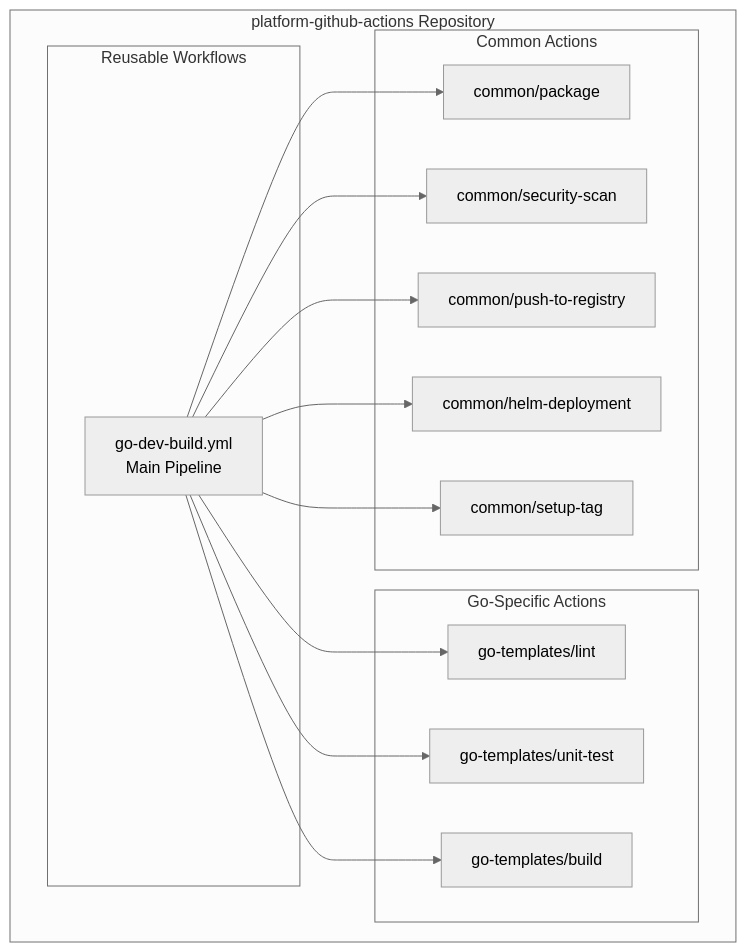
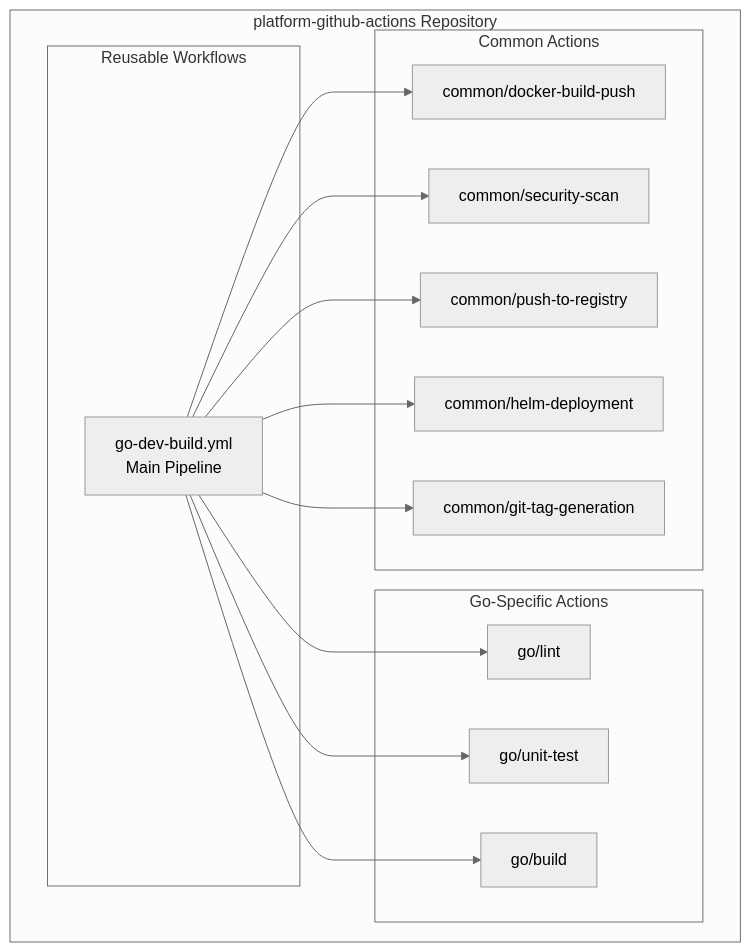
One commit to altimetrik-digital-enablement-demo-hub/platform-github-actions changed the third of 7 diagrams in FLOW.md. Above: the diagram before and after it, drawn with Mermaid (neutral theme). The commit also changed other lines of this file and 8 other files, not shown here.

````diff
--- a/FLOW.md
+++ b/FLOW.md
@@ -79,31 +79,31 @@
 ```mermaid
 graph TB
     subgraph "platform-github-actions Repository"
         subgraph "Reusable Workflows"
             MAIN_WF["go-dev-build.yml<br/>Main Pipeline"]
         end
         
         subgraph "Go-Specific Actions"
-            LINT["go-templates/lint"]
-            TEST["go-templates/unit-test"]
-            BUILD["go-templates/build"]
+            LINT["go/lint"]
+            TEST["go/unit-test"]
+            BUILD["go/build"]
         end
         
         subgraph "Common Actions"
-            PACKAGE["common/package"]
+            PACKAGE["common/docker-build-push"]
             SECURITY["common/security-scan"]
             PUSH_REGISTRY["common/push-to-registry"]
             HELM_DEPLOY["common/helm-deployment"]
-            SETUP_TAG["common/setup-tag"]
+            SETUP_TAG["common/git-tag-generation"]
         end
     end
     
     MAIN_WF --> LINT
     MAIN_WF --> TEST
     MAIN_WF --> BUILD
     MAIN_WF --> PACKAGE
     MAIN_WF --> SECURITY
     MAIN_WF --> PUSH_REGISTRY
     MAIN_WF --> HELM_DEPLOY
     MAIN_WF --> SETUP_TAG
 ```
````
